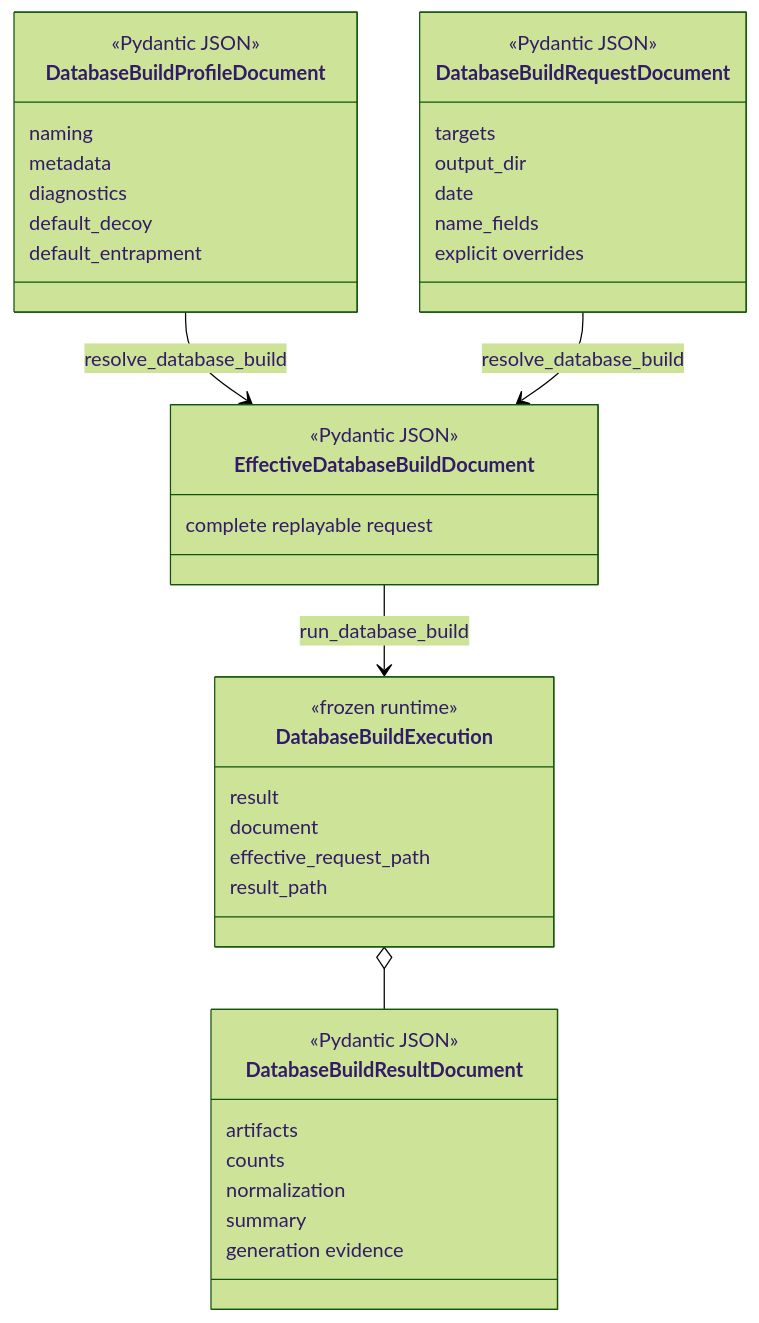
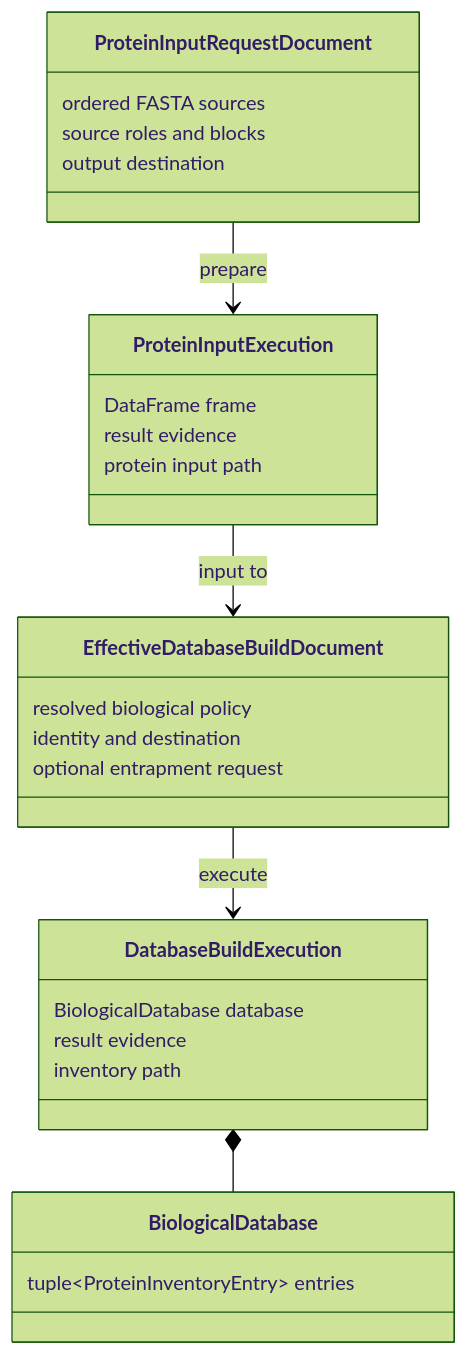
The seventh of 8 diagrams in docs/workflows.md (anndata-omics-bridge/protein-fasta), drawn with Mermaid (forest theme) before and after one commit. The commit also changed other lines of this file and 112 other files, not shown here.

````diff
--- a/docs/workflows.md
+++ b/docs/workflows.md
@@ -165,44 +290,31 @@
 ```mermaid
 classDiagram
     direction TB
-    class DatabaseBuildProfileDocument {
-      <<Pydantic JSON>>
-      naming
-      metadata
-      diagnostics
-      default_decoy
-      default_entrapment
+    class ProteinInputRequestDocument {
+      ordered FASTA sources
+      source roles and blocks
+      output destination
     }
-    class DatabaseBuildRequestDocument {
-      <<Pydantic JSON>>
-      targets
-      output_dir
-      date
-      name_fields
-      explicit overrides
+    class ProteinInputExecution {
+      DataFrame frame
+      result evidence
+      protein input path
     }
     class EffectiveDatabaseBuildDocument {
-      <<Pydantic JSON>>
-      complete replayable request
+      resolved biological policy
+      identity and destination
+      optional entrapment request
+    }
+    class BiologicalDatabase {
+      tuple~ProteinInventoryEntry~ entries
     }
     class DatabaseBuildExecution {
-      <<frozen runtime>>
-      result
-      document
-      effective_request_path
-      result_path
+      BiologicalDatabase database
+      result evidence
+      inventory path
     }
-    class DatabaseBuildResultDocument {
-      <<Pydantic JSON>>
-      artifacts
-      counts
-      normalization
-      summary
-      generation evidence
-    }
-
-    DatabaseBuildProfileDocument --> EffectiveDatabaseBuildDocument : resolve_database_build
-    DatabaseBuildRequestDocument --> EffectiveDatabaseBuildDocument : resolve_database_build
-    EffectiveDatabaseBuildDocument --> DatabaseBuildExecution : run_database_build
-    DatabaseBuildExecution o-- DatabaseBuildResultDocument
+    ProteinInputRequestDocument --> ProteinInputExecution : prepare
+    ProteinInputExecution --> EffectiveDatabaseBuildDocument : input to
+    EffectiveDatabaseBuildDocument --> DatabaseBuildExecution : execute
+    DatabaseBuildExecution *-- BiologicalDatabase
 ```
````
